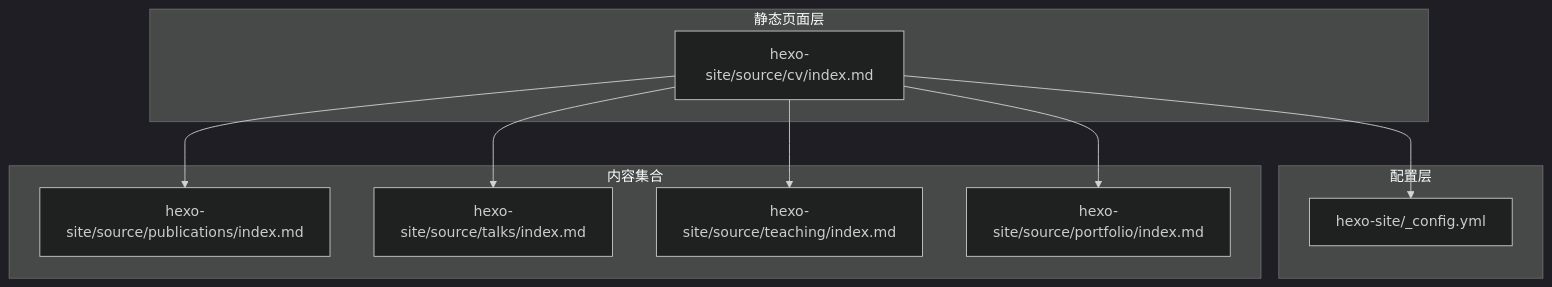
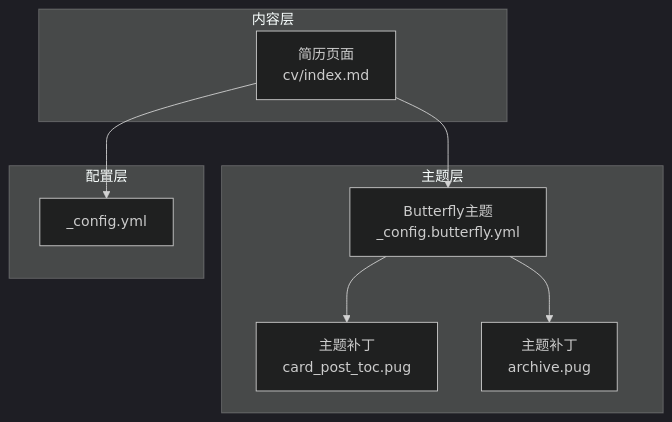
One commit to CoolPig0720/CoolPig0720.github.io changed the first of 3 diagrams in .qoder/repowiki/zh/content/学术功能模块/简历生成功能.md. Above: the diagram before and after it, drawn with Mermaid (dark theme). The commit also changed other lines of this file and 14 other files, not shown here.

````diff
--- a/.qoder/repowiki/zh/content/学术功能模块/简历生成功能.md
+++ b/.qoder/repowiki/zh/content/学术功能模块/简历生成功能.md
@@ -50,20 +51,18 @@
 ```mermaid
 graph TB
-subgraph "静态页面层"
-P1["hexo-site/source/cv/index.md"]
+subgraph "主题层"
+BTF["Butterfly主题<br/>_config.butterfly.yml"]
+TP1["主题补丁<br/>card_post_toc.pug"]
+TP2["主题补丁<br/>archive.pug"]
+end
+subgraph "内容层"
+CV["简历页面<br/>cv/index.md"]
 end
 subgraph "配置层"
-C1["hexo-site/_config.yml"]
+CFG["_config.yml"]
 end
-subgraph "内容集合"
-U1["hexo-site/source/publications/index.md"]
-U2["hexo-site/source/talks/index.md"]
-U3["hexo-site/source/teaching/index.md"]
-U4["hexo-site/source/portfolio/index.md"]
-end
-P1 --> C1
-P1 --> U1
-P1 --> U2
-P1 --> U3
-P1 --> U4
+CV --> BTF
+CV --> CFG
+BTF --> TP1
+BTF --> TP2
 ```
````
